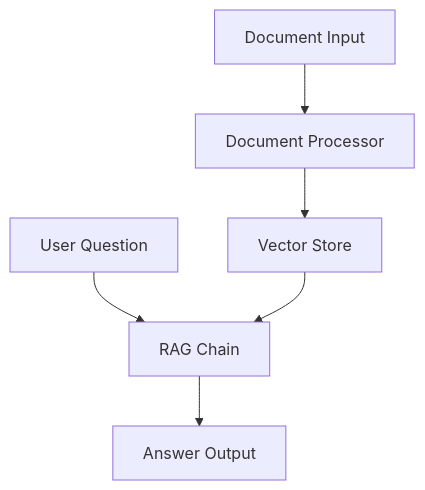
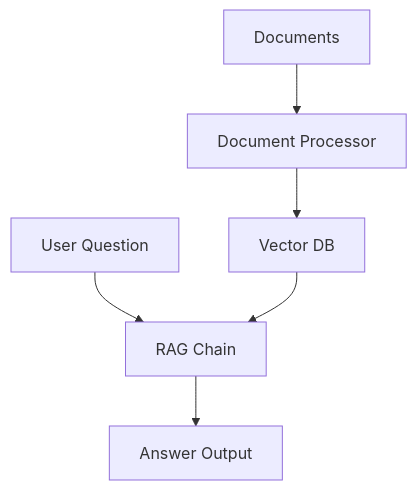
One commit to jkcrosby3/rag-app changed the first of 5 diagrams in docs/specs/02-technical-design-phase1.md. Above: the diagram before and after it, drawn with Mermaid. The commit also changed other lines of this file and 1 other file, not shown here.

````diff
--- a/docs/specs/02-technical-design-phase1.md
+++ b/docs/specs/02-technical-design-phase1.md
@@ -325,8 +358,8 @@
 ```mermaid
 graph TD
-    A[Document Input] --> B[Document Processor]
-    B --> C[Vector Store]
+    A[Documents] --> B[Document Processor]
+    B --> C[Vector DB]
     D[User Question] --> E[RAG Chain]
     C --> E
     E --> F[Answer Output]
 ```
````
